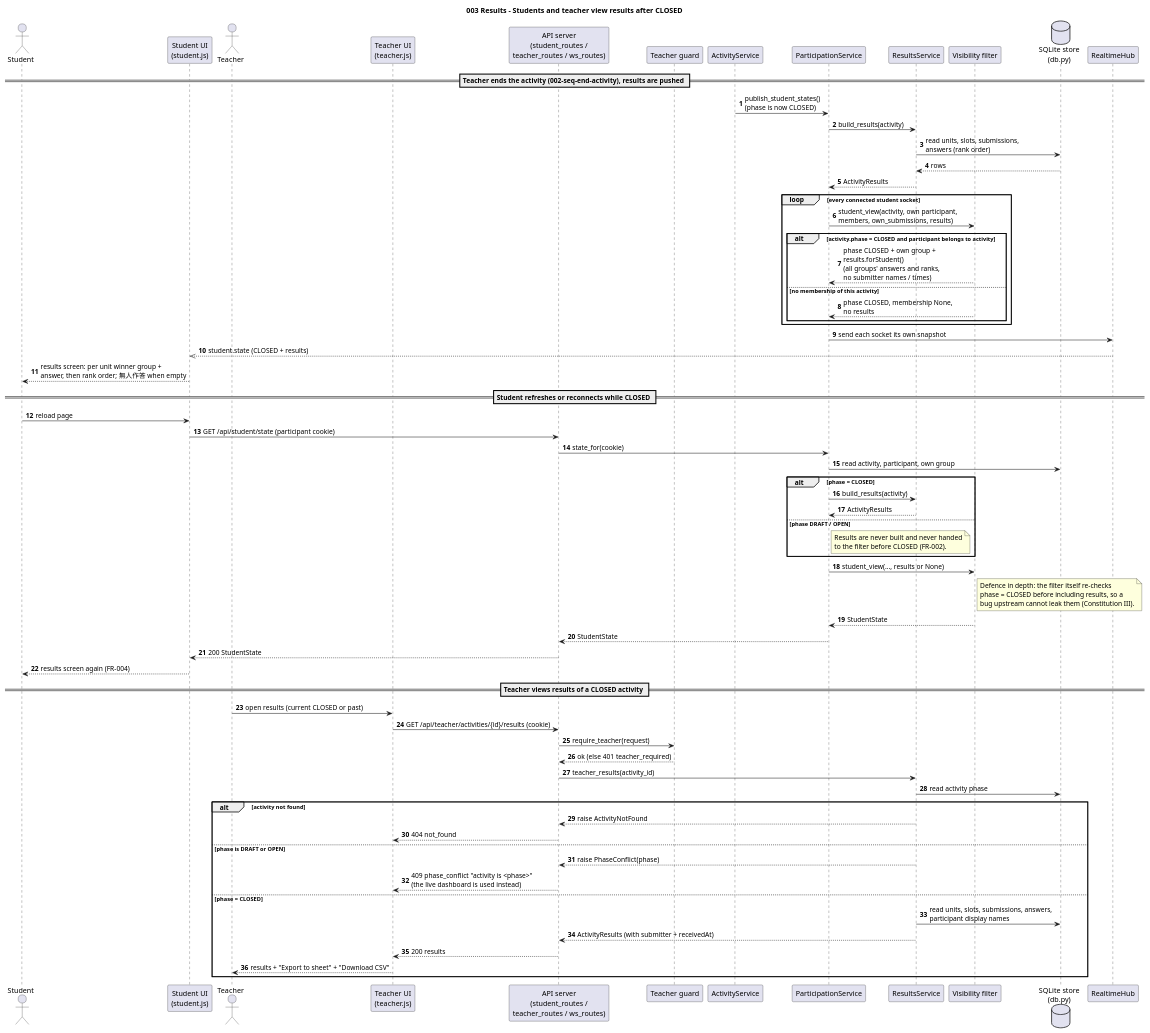
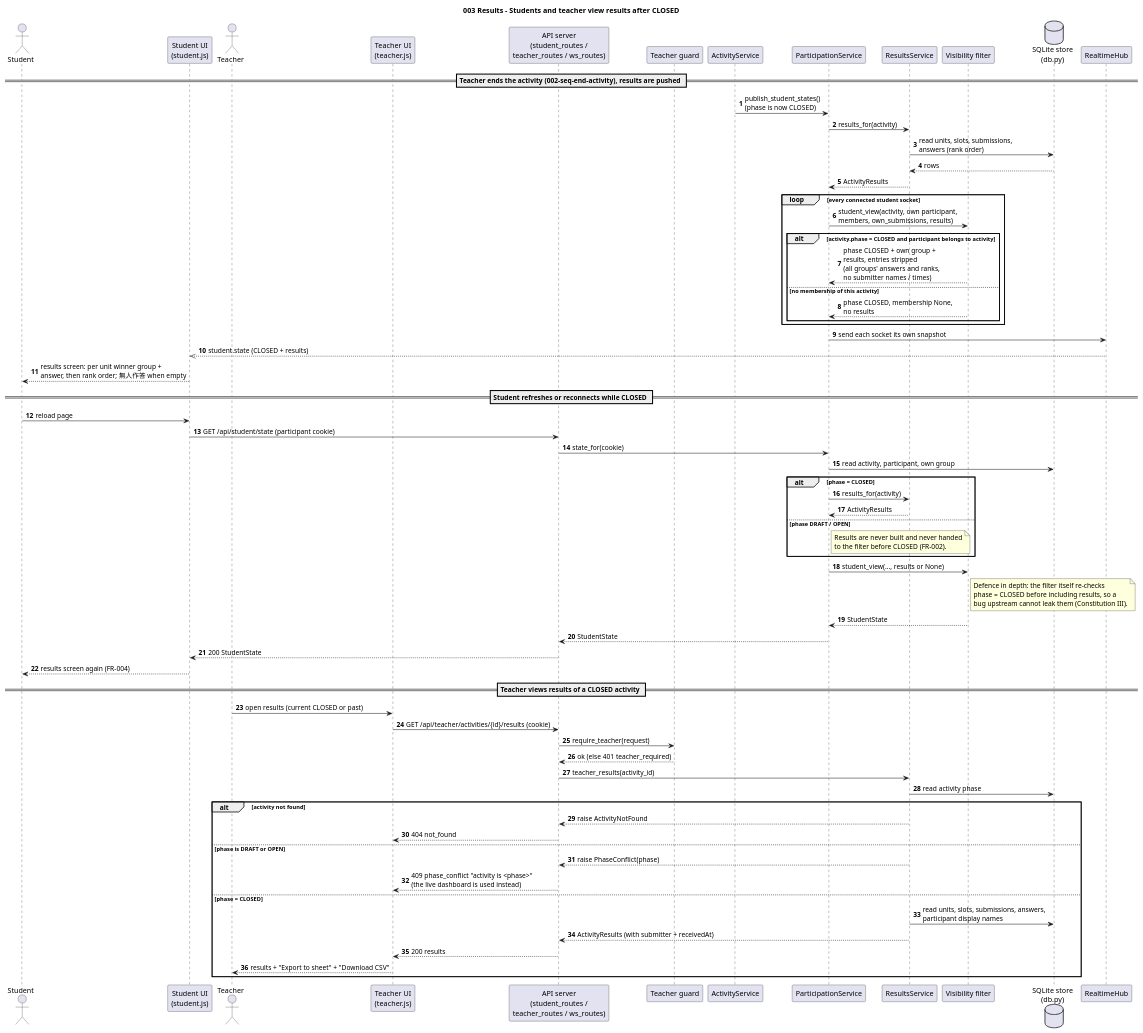
One commit to WasabiSaikou/quiz-buzzer changed the diagram in diagrams/003-seq-view-results.puml. Above: the diagram before and after it, drawn with PlantUML. The commit also changed 13 other files, not shown here.

```diff
--- a/diagrams/003-seq-view-results.puml
+++ b/diagrams/003-seq-view-results.puml
@@ -1,83 +1,83 @@
 @startuml 003-seq-view-results
 title 003 Results - Students and teacher view results after CLOSED
 
 skinparam shadowing false
 skinparam defaultFontName "Microsoft JhengHei"
 autonumber
 
 actor Student
 participant "Student UI\n(student.js)" as SUI
 actor Teacher
 participant "Teacher UI\n(teacher.js)" as TUI
 participant "API server\n(student_routes /\nteacher_routes / ws_routes)" as API
 participant "Teacher guard" as AUTH
 participant "ActivityService" as ACT
 participant "ParticipationService" as PSVC
 participant "ResultsService" as RES
 participant "Visibility filter" as VIS
 database "SQLite store\n(db.py)" as DB
 participant "RealtimeHub" as RT
 
 == Teacher ends the activity (002-seq-end-activity), results are pushed ==
 ACT -> PSVC : publish_student_states()\n(phase is now CLOSED)
-PSVC -> RES : build_results(activity)
+PSVC -> RES : results_for(activity)
 RES -> DB : read units, slots, submissions,\nanswers (rank order)
 DB --> RES : rows
 RES --> PSVC : ActivityResults
 loop every connected student socket
   PSVC -> VIS : student_view(activity, own participant,\nmembers, own_submissions, results)
   alt activity.phase = CLOSED and participant belongs to activity
-    VIS --> PSVC : phase CLOSED + own group +\nresults.forStudent()\n(all groups' answers and ranks,\nno submitter names / times)
+    VIS --> PSVC : phase CLOSED + own group +\nresults, entries stripped\n(all groups' answers and ranks,\nno submitter names / times)
   else no membership of this activity
     VIS --> PSVC : phase CLOSED, membership None,\nno results
   end
 end
 PSVC -> RT : send each socket its own snapshot
 RT -->> SUI : student.state (CLOSED + results)
 SUI --> Student : results screen: per unit winner group +\nanswer, then rank order; 無人作答 when empty
 
 == Student refreshes or reconnects while CLOSED ==
 Student -> SUI : reload page
 SUI -> API : GET /api/student/state (participant cookie)
 API -> PSVC : state_for(cookie)
 PSVC -> DB : read activity, participant, own group
 alt phase = CLOSED
-  PSVC -> RES : build_results(activity)
+  PSVC -> RES : results_for(activity)
   RES --> PSVC : ActivityResults
 else phase DRAFT / OPEN
   note right of PSVC
     Results are never built and never handed
     to the filter before CLOSED (FR-002).
   end note
 end
 PSVC -> VIS : student_view(..., results or None)
 note right of VIS
   Defence in depth: the filter itself re-checks
   phase = CLOSED before including results, so a
   bug upstream cannot leak them (Constitution III).
 end note
 VIS --> PSVC : StudentState
 PSVC --> API : StudentState
 API --> SUI : 200 StudentState
 SUI --> Student : results screen again (FR-004)
 
 == Teacher views results of a CLOSED activity ==
 Teacher -> TUI : open results (current CLOSED or past)
 TUI -> API : GET /api/teacher/activities/{id}/results (cookie)
 API -> AUTH : require_teacher(request)
 AUTH --> API : ok (else 401 teacher_required)
 API -> RES : teacher_results(activity_id)
 RES -> DB : read activity phase
 alt activity not found
   RES --> API : raise ActivityNotFound
   API --> TUI : 404 not_found
 else phase is DRAFT or OPEN
   RES --> API : raise PhaseConflict(phase)
   API --> TUI : 409 phase_conflict "activity is <phase>"\n(the live dashboard is used instead)
 else phase = CLOSED
   RES -> DB : read units, slots, submissions, answers,\nparticipant display names
   RES --> API : ActivityResults (with submitter + receivedAt)
   API --> TUI : 200 results
   TUI --> Teacher : results + "Export to sheet" + "Download CSV"
 end
 @enduml
```
